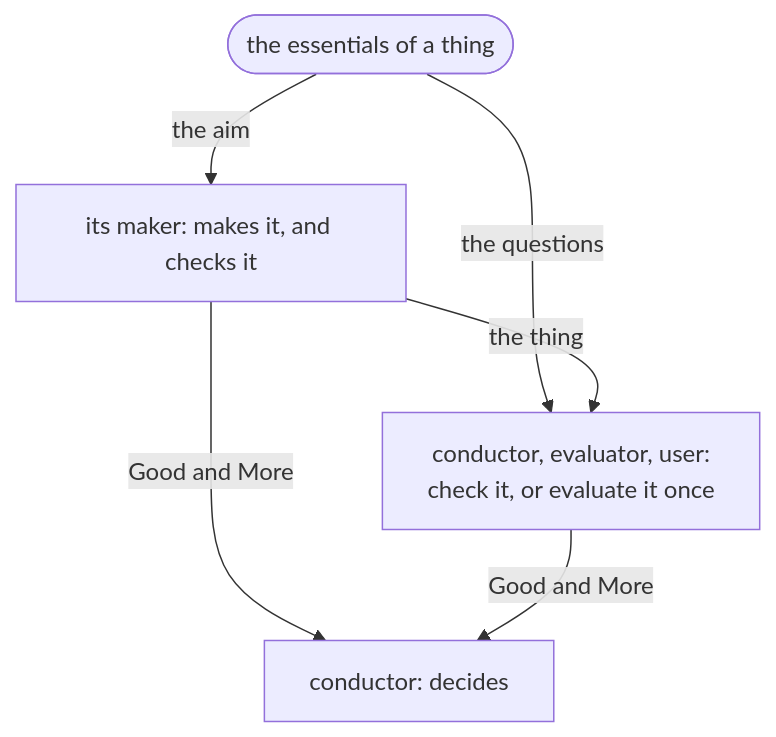
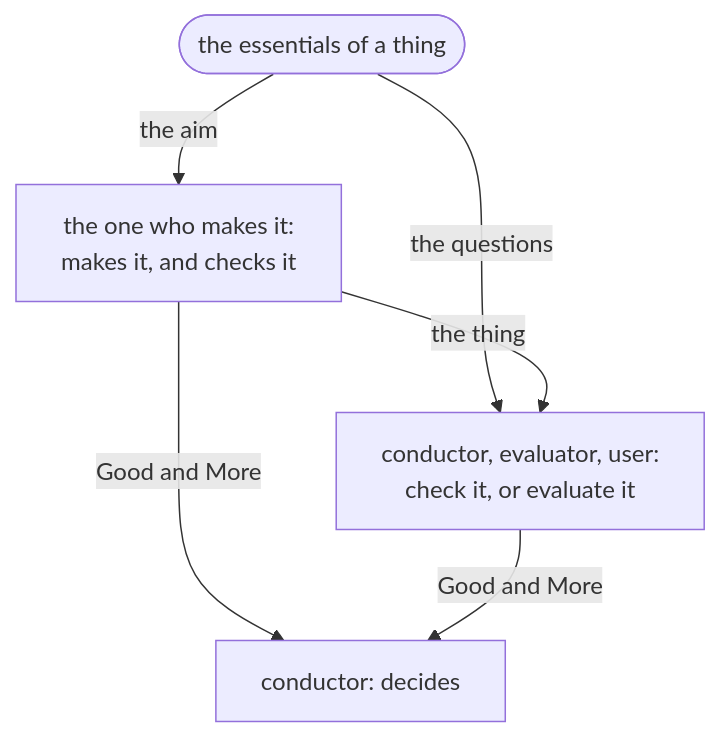
One commit to lovaizu/ccpm changed the fourth of 4 diagrams in rn/docs/design.md. Above: the diagram before and after it, drawn with Mermaid. The commit also changed other lines of this file and 2 other files, not shown here.

First line of the commit message:
docs(rn): one word for each thing across README, design.md and CHANGELOG

````diff
--- a/rn/docs/design.md
+++ b/rn/docs/design.md
@@ -165,12 +160,12 @@
 ```mermaid
 flowchart TD
     E(["the essentials of a thing"])
-    M["its maker: makes it, and checks it"]
-    V["conductor, evaluator, user:<br/>check it, or evaluate it once"]
+    M["the one who makes it:<br/>makes it, and checks it"]
+    V["conductor, evaluator, user:<br/>check it, or evaluate it"]
     C["conductor: decides"]
     E -->|the aim| M
     E -->|the questions| V
     M -->|the thing| V
     M -->|Good and More| C
     V -->|Good and More| C
 ```
````
